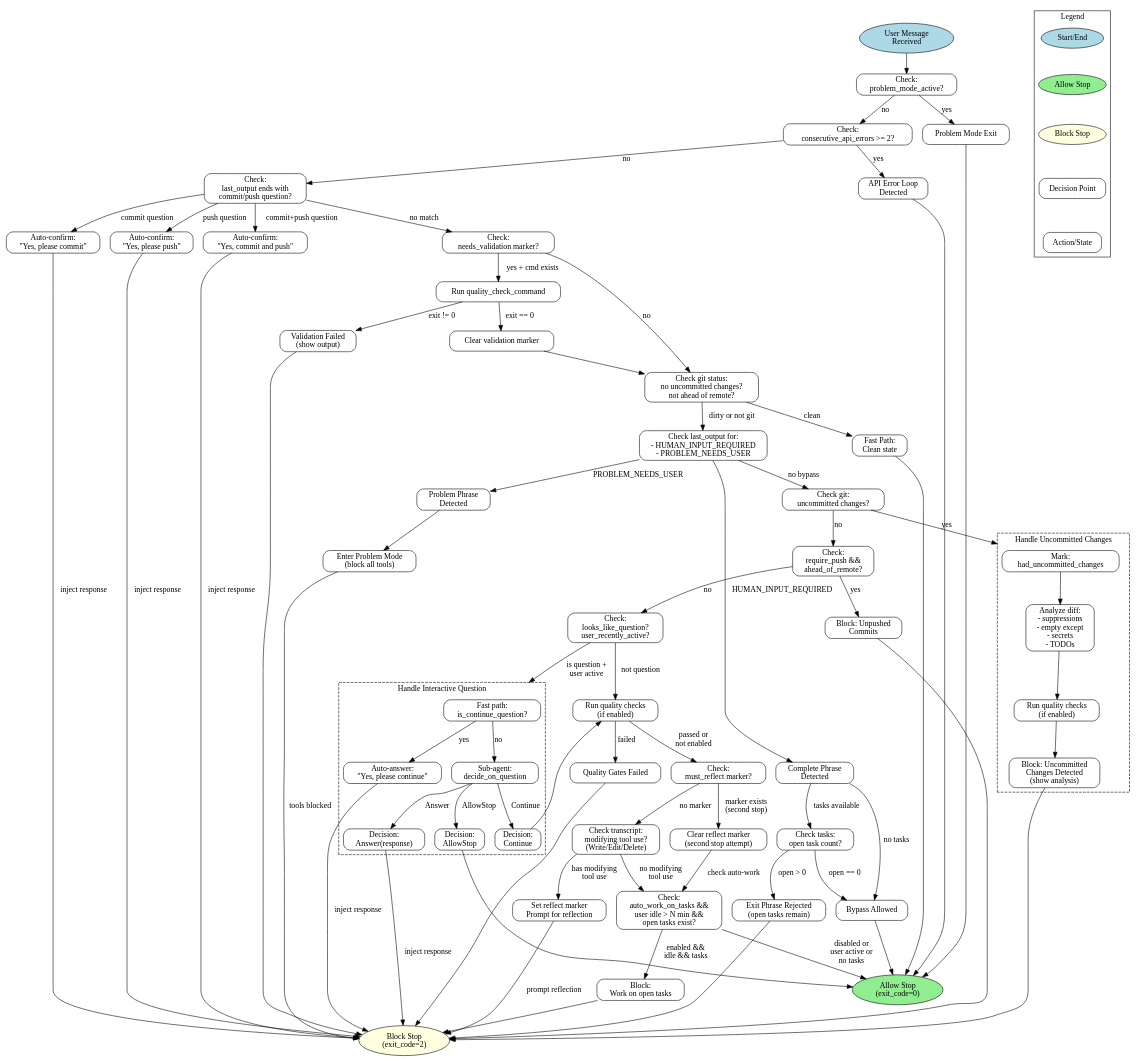
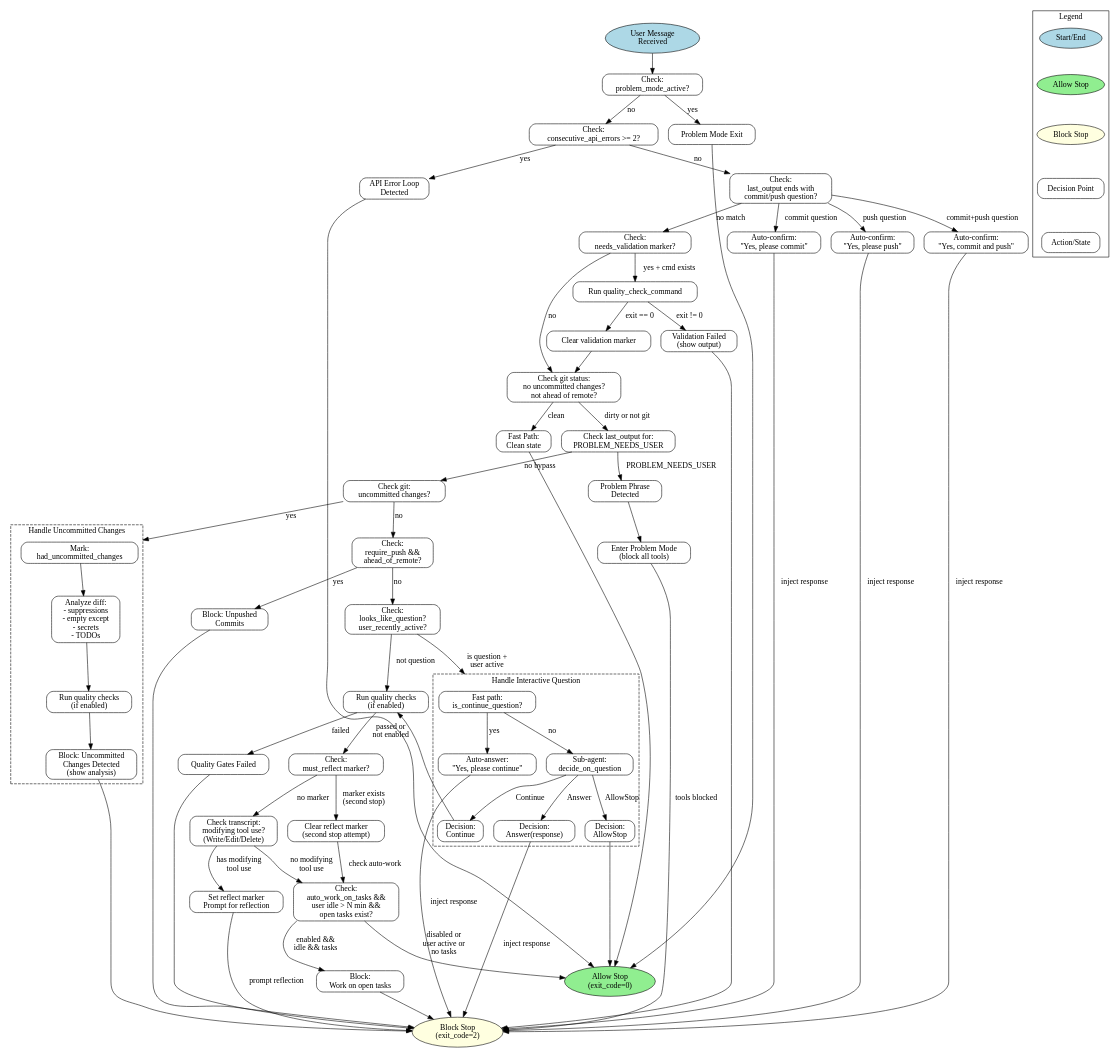
The diagram in docs/stop-hook-states.dot (DRMacIver/claude-reliability), drawn with Graphviz before and after one commit. The commit also changed 4 other files, not shown here.

First line of the commit message:
Clean up stop hook: remove redundant features and fix issues

```diff
--- a/docs/stop-hook-states.dot
+++ b/docs/stop-hook-states.dot
@@ -36,18 +36,12 @@
     CheckGitClean [label="Check git status:\nno uncommitted changes?\nnot ahead of remote?"];
     FastPathExit [label="Fast Path:\nClean state"];
 
-    // 6. Bypass Phrase Checks
-    CheckBypassPhrases [label="Check last_output for:\n- HUMAN_INPUT_REQUIRED\n- PROBLEM_NEEDS_USER"];
+    // 6. Bypass Phrase Check
+    CheckBypassPhrases [label="Check last_output for:\nPROBLEM_NEEDS_USER"];
 
     // Problem phrase path
     ProblemPhraseDetected [label="Problem Phrase\nDetected"];
     EnterProblemMode [label="Enter Problem Mode\n(block all tools)"];
-
-    // Complete phrase path
-    CompletePhraseDetected [label="Complete Phrase\nDetected"];
-    CheckReadyIssues [label="Check tasks:\nopen task count?"];
-    ExitPhraseRejected [label="Exit Phrase Rejected\n(open tasks remain)"];
-    BypassAllowed [label="Bypass Allowed"];
 
     // 7. Uncommitted Changes Check
     CheckUncommitted [label="Check git:\nuncommitted changes?"];
@@ -133,20 +127,12 @@
     CheckGitClean -> CheckBypassPhrases [label="dirty or not git"];
     FastPathExit -> AllowStop;
 
-    // 6. Bypass Phrases
+    // 6. Bypass Phrase
     CheckBypassPhrases -> ProblemPhraseDetected [label="PROBLEM_NEEDS_USER"];
-    CheckBypassPhrases -> CompletePhraseDetected [label="HUMAN_INPUT_REQUIRED"];
     CheckBypassPhrases -> CheckUncommitted [label="no bypass"];
 
     ProblemPhraseDetected -> EnterProblemMode;
     EnterProblemMode -> BlockStop [label="tools blocked"];
-
-    CompletePhraseDetected -> CheckReadyIssues [label="tasks available"];
-    CompletePhraseDetected -> BypassAllowed [label="no tasks"];
-    CheckReadyIssues -> ExitPhraseRejected [label="open > 0"];
-    CheckReadyIssues -> BypassAllowed [label="open == 0"];
-    ExitPhraseRejected -> BlockStop;
-    BypassAllowed -> AllowStop;
 
     // 7. Uncommitted Changes
     CheckUncommitted -> MarkHadChanges [label="yes", lhead=cluster_uncommitted];
```
